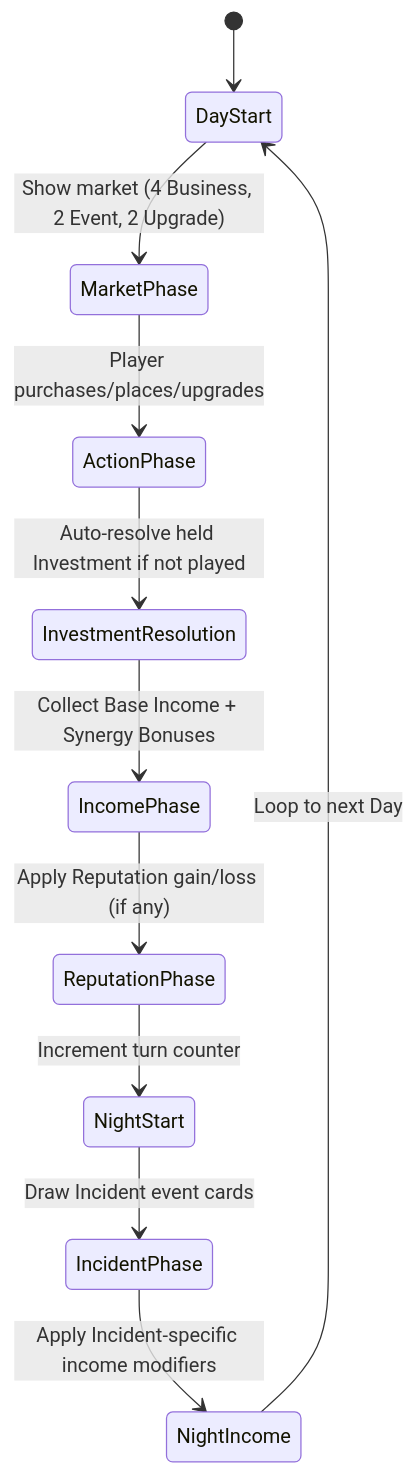
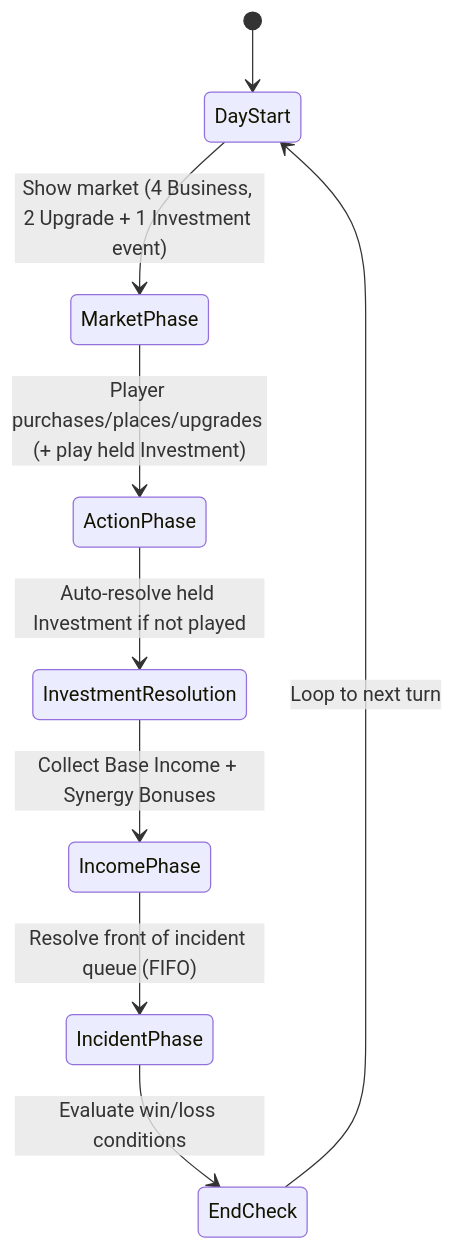
Before and after one commit to TheWizardsCode/Tableau-Card-Engine: the first of 2 diagrams in docs/main-street/core-rules-and-mechanics.md, drawn with Mermaid. The commit also changed other lines of this file and 4 other files, not shown here.

````diff
--- a/docs/main-street/core-rules-and-mechanics.md
+++ b/docs/main-street/core-rules-and-mechanics.md
@@ -132,13 +139,11 @@
 ```mermaid
 stateDiagram-v2
     [*] --> DayStart
-    DayStart --> MarketPhase: Show market (4 Business, 2 Event, 2 Upgrade)
-    MarketPhase --> ActionPhase: Player purchases/places/upgrades
+    DayStart --> MarketPhase: Show market (4 Business, 2 Upgrade + 1 Investment event)
+    MarketPhase --> ActionPhase: Player purchases/places/upgrades (+ play held Investment)
     ActionPhase --> InvestmentResolution: Auto‑resolve held Investment if not played
     InvestmentResolution --> IncomePhase: Collect Base Income + Synergy Bonuses
-    IncomePhase --> ReputationPhase: Apply Reputation gain/loss (if any)
-    ReputationPhase --> NightStart: Increment turn counter
-    NightStart --> IncidentPhase: Draw Incident event cards
-    IncidentPhase --> NightIncome: Apply Incident‑specific income modifiers
-    NightIncome --> DayStart: Loop to next Day
+    IncomePhase --> IncidentPhase: Resolve front of incident queue (FIFO)
+    IncidentPhase --> EndCheck: Evaluate win/loss conditions
+    EndCheck --> DayStart: Loop to next turn
 ```
````
